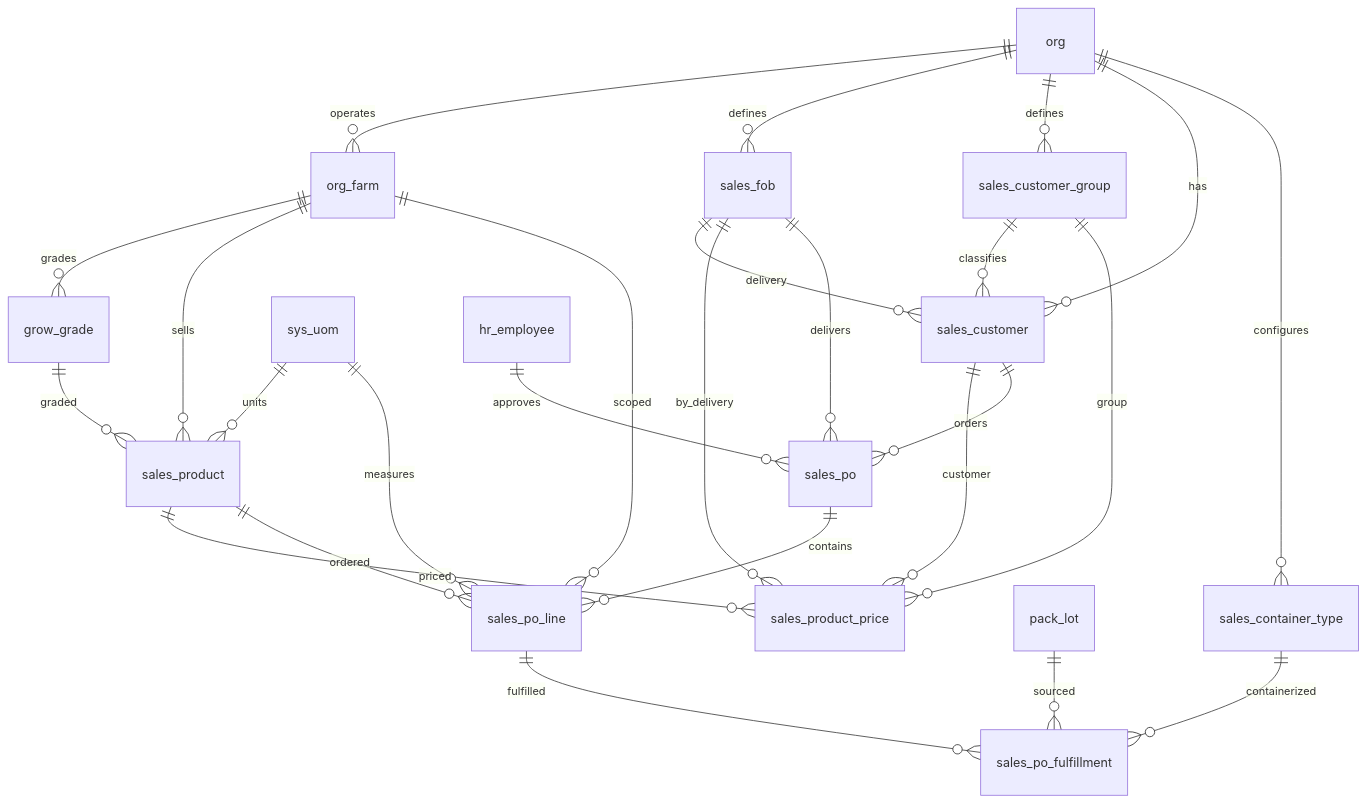
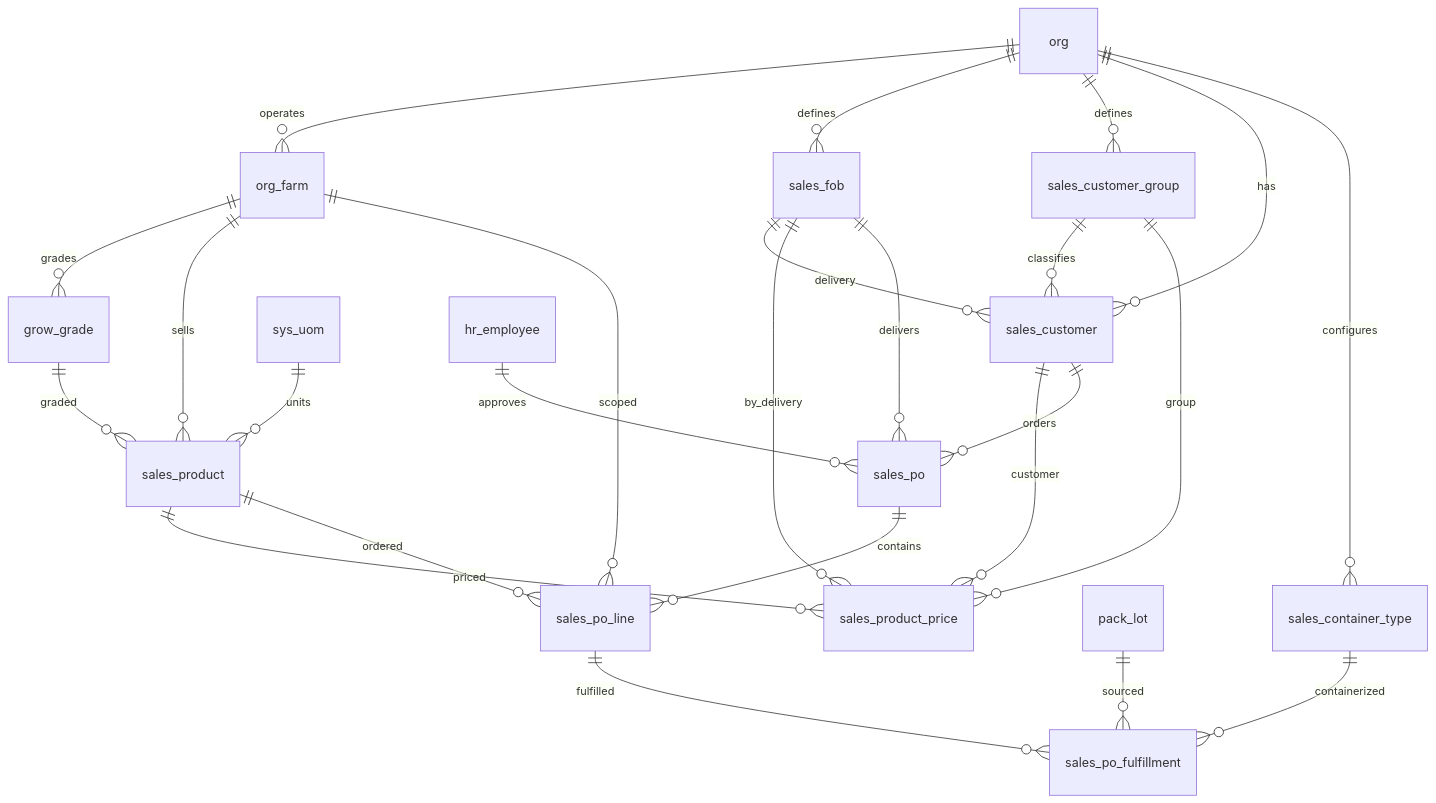
The diagram in docs/schemas/20260401000008_sales.md (Hawaii-Farming/aloha-app), drawn with Mermaid before and after one commit. The commit also changed 7 other files, not shown here.

````diff
--- a/docs/schemas/20260401000008_sales.md
+++ b/docs/schemas/20260401000008_sales.md
@@ -9,28 +9,27 @@
 ```mermaid
 erDiagram
     org ||--o{ org_farm : operates
     org ||--o{ sales_fob : defines
     org ||--o{ sales_customer_group : defines
     org ||--o{ sales_customer : has
     sales_customer_group ||--o{ sales_customer : classifies
     sales_fob ||--o{ sales_customer : delivery
     org_farm ||--o{ grow_grade : grades
     org_farm ||--o{ sales_product : sells
     grow_grade ||--o{ sales_product : graded
     sys_uom ||--o{ sales_product : units
     sales_product ||--o{ sales_product_price : priced
     sales_fob ||--o{ sales_product_price : by_delivery
     sales_customer ||--o{ sales_product_price : customer
     sales_customer_group ||--o{ sales_product_price : group
     sales_customer ||--o{ sales_po : orders
     sales_fob ||--o{ sales_po : delivers
     org_farm ||--o{ sales_po_line : scoped
     sales_po ||--o{ sales_po_line : contains
     sales_product ||--o{ sales_po_line : ordered
-    sys_uom ||--o{ sales_po_line : measures
     sales_po_line ||--o{ sales_po_fulfillment : fulfilled
     pack_lot ||--o{ sales_po_fulfillment : sourced
     sales_container_type ||--o{ sales_po_fulfillment : containerized
     org ||--o{ sales_container_type : configures
     hr_employee ||--o{ sales_po : approves
 ```
````
